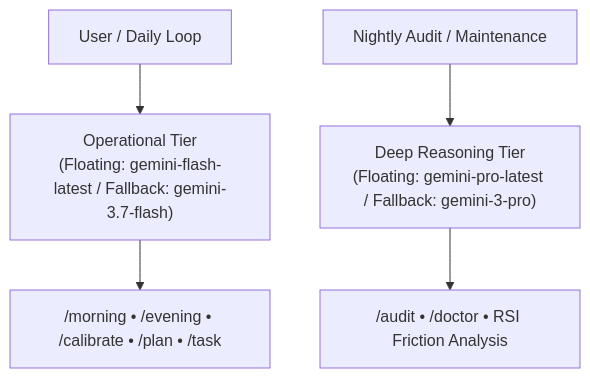
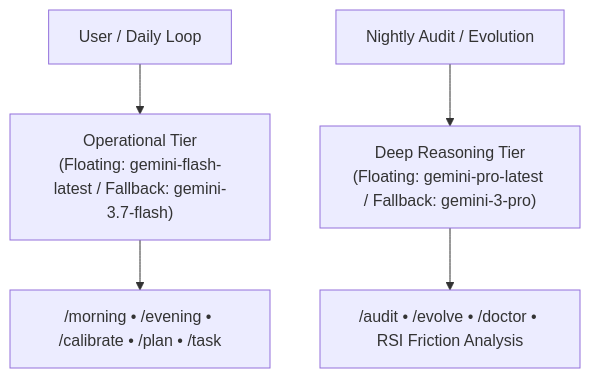
Before and after one commit to tama-gucci/chrysalis: the first of 2 diagrams in System/Orchestrators/Gemini/Adapter-Spec.md, drawn with Mermaid. The commit also changed other lines of this file and 10 other files, not shown here.

````diff
--- a/System/Orchestrators/Gemini/Adapter-Spec.md
+++ b/System/Orchestrators/Gemini/Adapter-Spec.md
@@ -33,8 +33,8 @@
 ```mermaid
 graph TD
     User["User / Daily Loop"] --> OpTier["Operational Tier<br/>(Floating: gemini-flash-latest / Fallback: gemini-3.7-flash)"]
     OpTier --> DailySkills["/morning • /evening • /calibrate • /plan • /task"]
     
-    System["Nightly Audit / Maintenance"] --> DeepTier["Deep Reasoning Tier<br/>(Floating: gemini-pro-latest / Fallback: gemini-3-pro)"]
-    DeepTier --> DeepSkills["/audit • /doctor • RSI Friction Analysis"]
+    System["Nightly Audit / Evolution"] --> DeepTier["Deep Reasoning Tier<br/>(Floating: gemini-pro-latest / Fallback: gemini-3-pro)"]
+    DeepTier --> DeepSkills["/audit • /evolve • /doctor • RSI Friction Analysis"]
 ```
````
